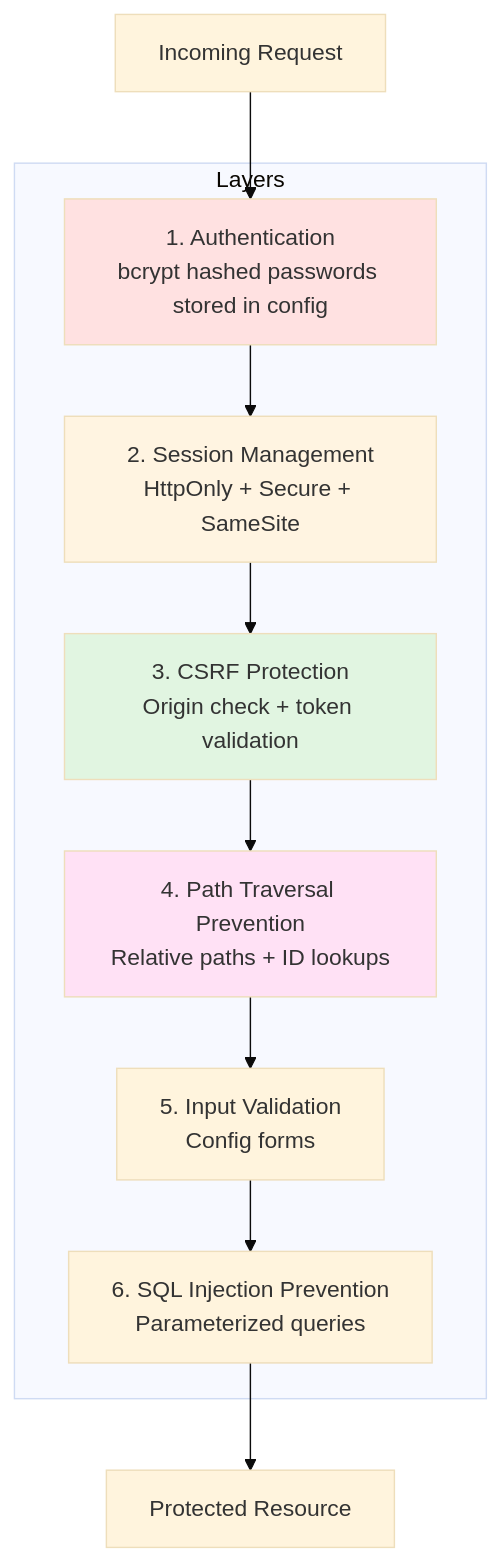
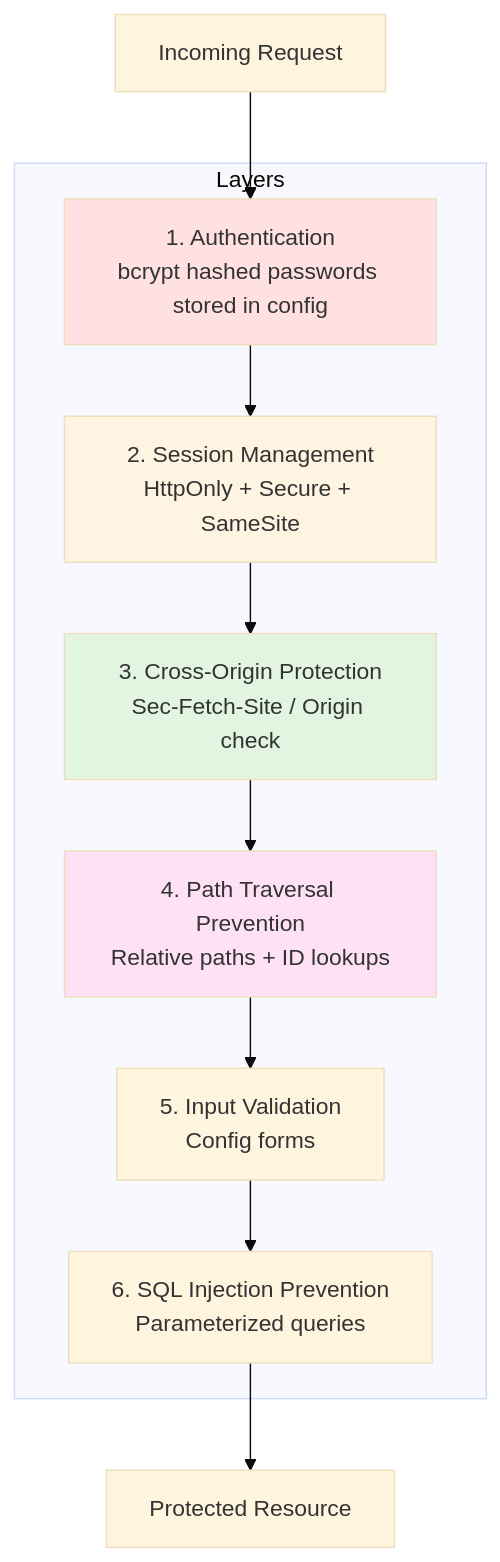
One commit to lbe/sfpg-go changed diagram 15 of 20 in docs/ARCHITECTURE.md. Above: the diagram before and after it, drawn with Mermaid (base theme). The commit also changed other lines of this file and 247 other files, not shown here.

````diff
--- a/docs/ARCHITECTURE.md
+++ b/docs/ARCHITECTURE.md
@@ -850,24 +868,24 @@
 ```mermaid
 graph TB
     subgraph "Layers"
         L1[1. Authentication<br/>bcrypt hashed passwords stored in config]
         L2[2. Session Management<br/>HttpOnly + Secure + SameSite]
-        L3[3. CSRF Protection<br/>Origin check + token validation]
+        L3[3. Cross-Origin Protection<br/>Sec-Fetch-Site / Origin check]
         L4[4. Path Traversal Prevention<br/>Relative paths + ID lookups]
         L5[5. Input Validation<br/>Config forms]
         L6[6. SQL Injection Prevention<br/>Parameterized queries]
     end
 
     Request[Incoming Request] --> L1
     L1 --> L2
     L2 --> L3
     L3 --> L4
     L4 --> L5
     L5 --> L6
     L6 --> Protected[Protected Resource]
 
     style L1 fill:#ffe1e1
     style L2 fill:#fff4e1
     style L3 fill:#e1f5e1
     style L4 fill:#ffe1f5
 ```
````
